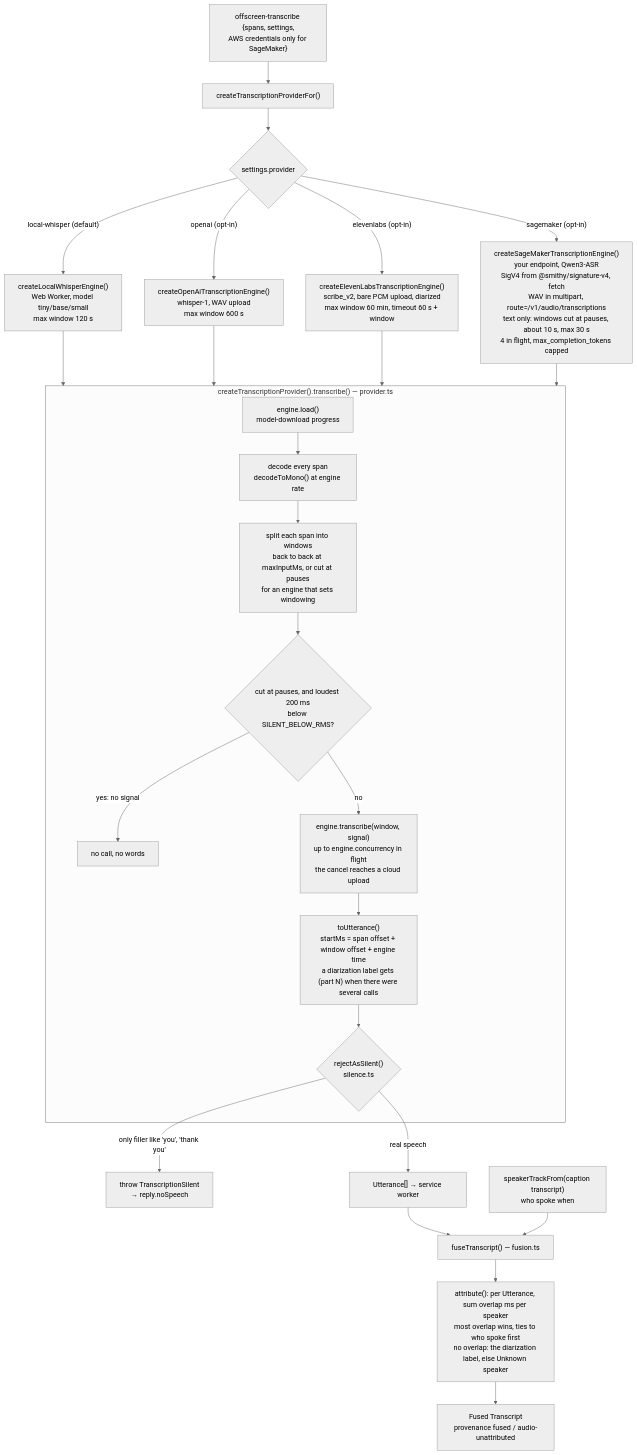
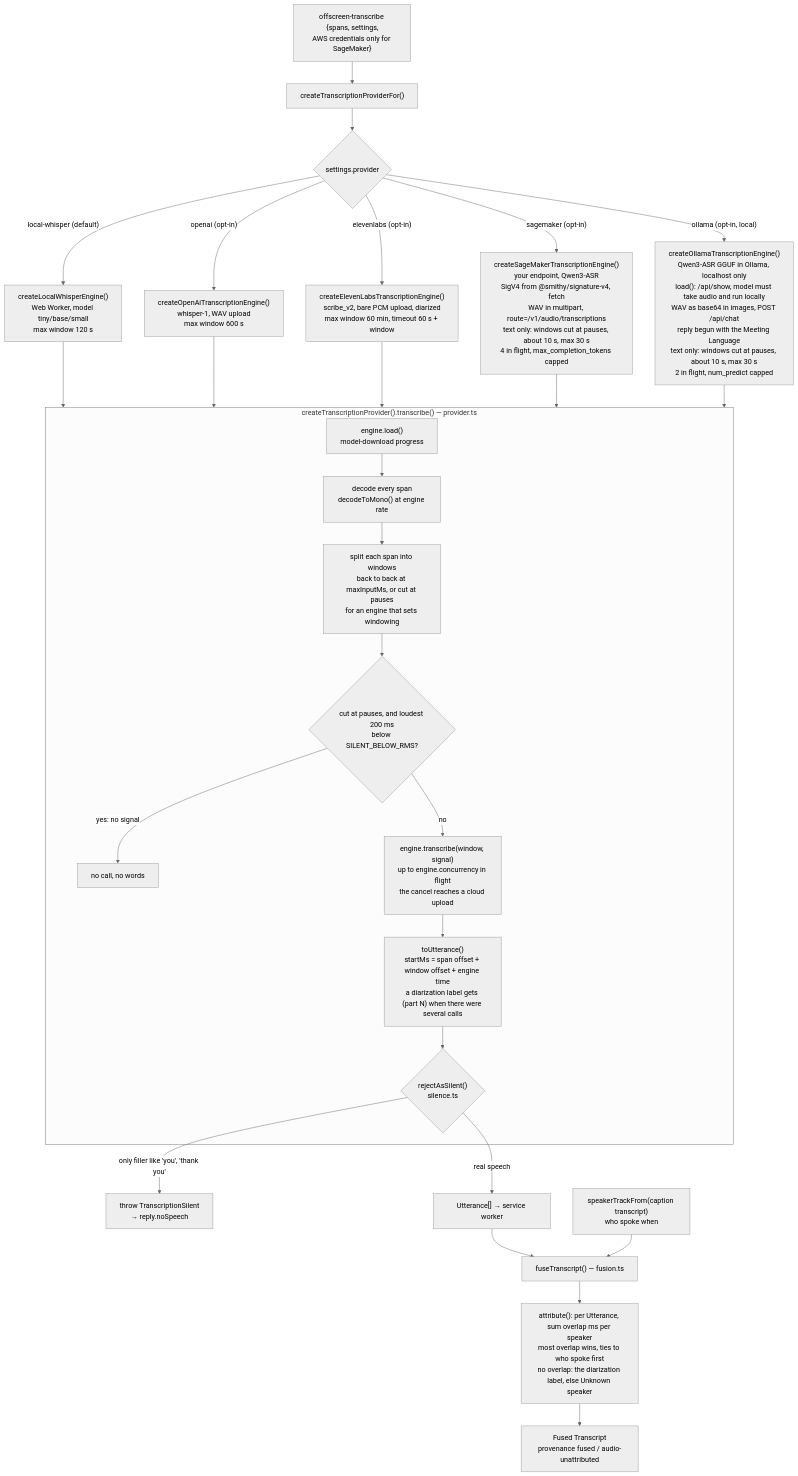
Before and after one commit to dominic676767/meeting-summarizer: the eighth of 11 diagrams in docs/ARCHITECTURE.md, drawn with Mermaid (neutral theme). The commit also changed other lines of this file and 28 other files, not shown here.

First line of the commit message:
Transcribe on this computer with Qwen3-ASR in the user's own Ollama

````diff
--- a/docs/ARCHITECTURE.md
+++ b/docs/ARCHITECTURE.md
@@ -441,27 +448,28 @@
 ```mermaid
 flowchart TD
     msg["offscreen-transcribe {spans, settings,<br/>AWS credentials only for SageMaker}"] --> fac["createTranscriptionProviderFor()"]
     fac --> which{"settings.provider"}
     which -- "local-whisper (default)" --> lw["createLocalWhisperEngine()<br/>Web Worker, model tiny/base/small<br/>max window 120 s"]
     which -- "openai (opt-in)" --> oa["createOpenAiTranscriptionEngine()<br/>whisper-1, WAV upload<br/>max window 600 s"]
     which -- "elevenlabs (opt-in)" --> el["createElevenLabsTranscriptionEngine()<br/>scribe_v2, bare PCM upload, diarized<br/>max window 60 min, timeout 60 s + window"]
     which -- "sagemaker (opt-in)" --> sm["createSageMakerTranscriptionEngine()<br/>your endpoint, Qwen3-ASR<br/>SigV4 from @smithy/signature-v4, fetch<br/>WAV in multipart, route=/v1/audio/transcriptions<br/>text only: windows cut at pauses, about 10 s, max 30 s<br/>4 in flight, max_completion_tokens capped"]
-    lw & oa & el & sm --> core
+    which -- "ollama (opt-in, local)" --> ol["createOllamaTranscriptionEngine()<br/>Qwen3-ASR GGUF in Ollama, localhost only<br/>load(): /api/show, model must take audio and run locally<br/>WAV as base64 in images, POST /api/chat<br/>reply begun with the Meeting Language<br/>text only: windows cut at pauses, about 10 s, max 30 s<br/>2 in flight, num_predict capped"]
+    lw & oa & el & sm & ol --> core
 
     subgraph core["createTranscriptionProvider().transcribe() — provider.ts"]
         load["engine.load()<br/>model-download progress"] --> dec["decode every span<br/>decodeToMono() at engine rate"]
         dec --> win["split each span into windows<br/>back to back at maxInputMs, or cut at pauses<br/>for an engine that sets windowing"]
         win --> skip{"cut at pauses, and loudest 200 ms<br/>below SILENT_BELOW_RMS?"}
         skip -- "yes: no signal" --> none["no call, no words"]
         skip -- "no" --> eng["engine.transcribe(window, signal)<br/>up to engine.concurrency in flight<br/>the cancel reaches a cloud upload"]
         eng --> utt["toUtterance()<br/>startMs = span offset + window offset + engine time<br/>a diarization label gets (part N) when there were several calls"]
         utt --> sil{"rejectAsSilent()<br/>silence.ts"}
     end
     sil -- "only filler like 'you', 'thank you'" --> silent["throw TranscriptionSilent<br/>→ reply.noSpeech"]
     sil -- "real speech" --> utts["Utterance[] → service worker"]
 
     utts --> fuse["fuseTranscript() — fusion.ts"]
     track["speakerTrackFrom(caption transcript)<br/>who spoke when"] --> fuse
     fuse --> attr["attribute(): per Utterance, sum overlap ms per speaker<br/>most overlap wins, ties to who spoke first<br/>no overlap: the diarization label, else Unknown speaker"]
     attr --> fused["Fused Transcript<br/>provenance fused / audio-unattributed"]
 ```
````
